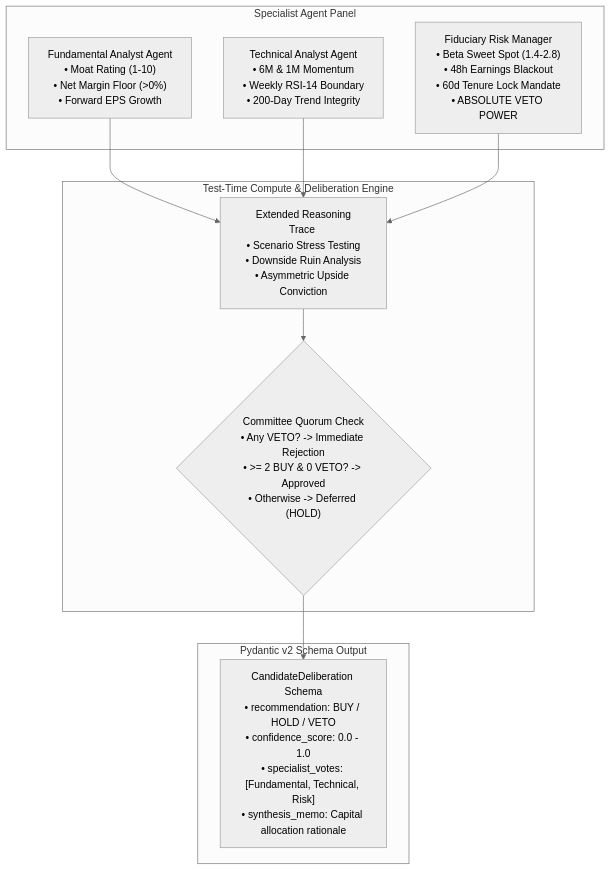
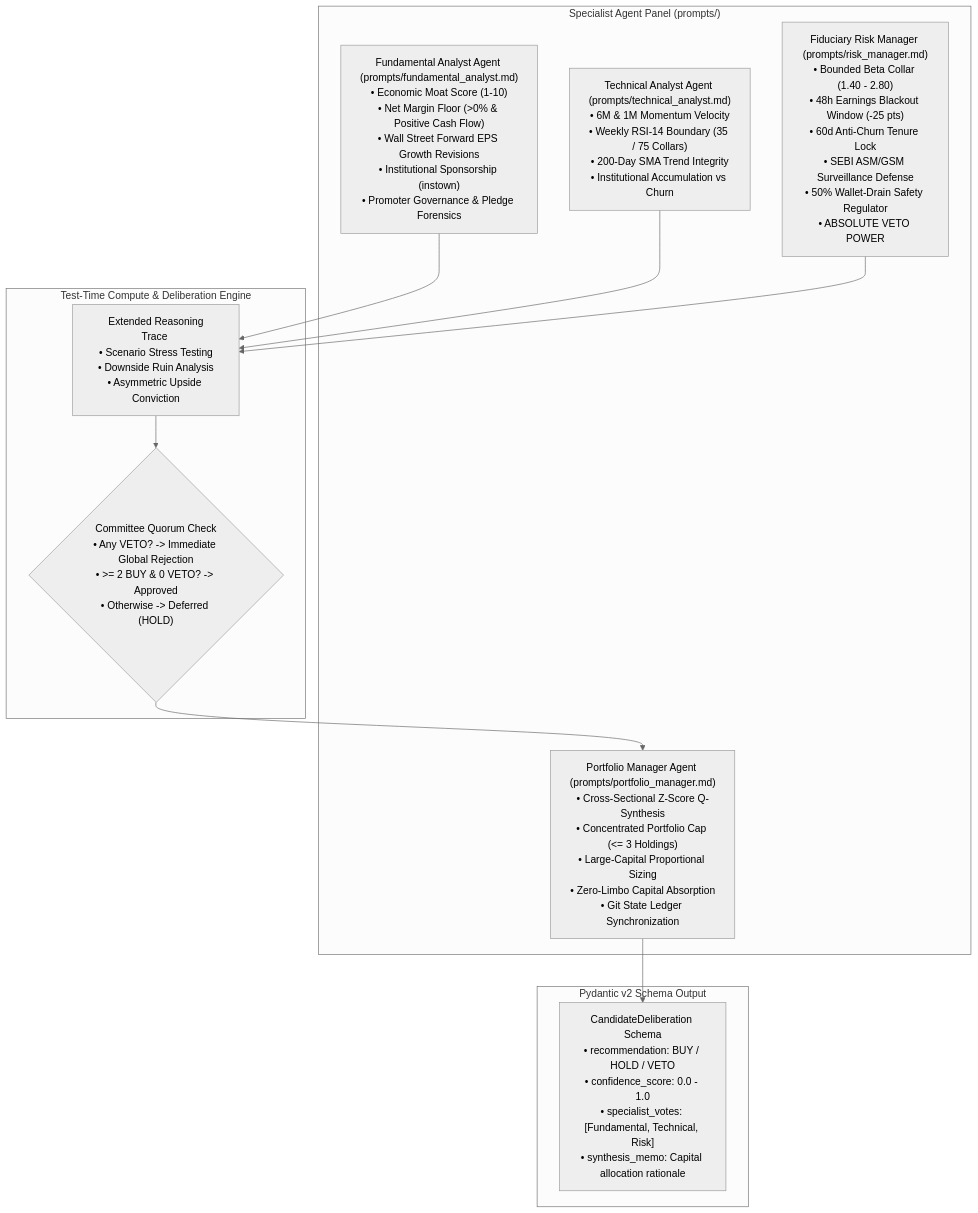
Before and after one commit to kevinhayesanderson/autonomous-trading-agent: the third of 3 diagrams in README.md, drawn with Mermaid (neutral theme). The commit also changed other lines of this file and 5 other files, not shown here.

Commit message:
docs: enrich README and committee prompts with large capital safety and institutional intelligence stack

````diff
--- a/README.md
+++ b/README.md
@@ -144,21 +236,23 @@
 ```mermaid
 flowchart TD
-    subgraph SpecialistLayer["Specialist Agent Panel"]
-        FA["Fundamental Analyst Agent\n• Moat Rating (1-10)\n• Net Margin Floor (>0%)\n• Forward EPS Growth"]
-        TA["Technical Analyst Agent\n• 6M & 1M Momentum\n• Weekly RSI-14 Boundary\n• 200-Day Trend Integrity"]
-        RM["Fiduciary Risk Manager\n• Beta Sweet Spot (1.4-2.8)\n• 48h Earnings Blackout\n• 60d Tenure Lock Mandate\n• ABSOLUTE VETO POWER"]
+    subgraph SpecialistLayer["Specialist Agent Panel (prompts/)"]
+        FA["Fundamental Analyst Agent (prompts/fundamental_analyst.md)\n• Economic Moat Score (1-10)\n• Net Margin Floor (>0% & Positive Cash Flow)\n• Wall Street Forward EPS Growth Revisions\n• Institutional Sponsorship (instown)\n• Promoter Governance & Pledge Forensics"]
+        TA["Technical Analyst Agent (prompts/technical_analyst.md)\n• 6M & 1M Momentum Velocity\n• Weekly RSI-14 Boundary (35 / 75 Collars)\n• 200-Day SMA Trend Integrity\n• Institutional Accumulation vs Churn"]
+        RM["Fiduciary Risk Manager (prompts/risk_manager.md)\n• Bounded Beta Collar (1.40 - 2.80)\n• 48h Earnings Blackout Window (-25 pts)\n• 60d Anti-Churn Tenure Lock\n• SEBI ASM/GSM Surveillance Defense\n• 50% Wallet-Drain Safety Regulator\n• ABSOLUTE VETO POWER"]
+        PM["Portfolio Manager Agent (prompts/portfolio_manager.md)\n• Cross-Sectional Z-Score Q-Synthesis\n• Concentrated Portfolio Cap (<= 3 Holdings)\n• Large-Capital Proportional Sizing\n• Zero-Limbo Capital Absorption\n• Git State Ledger Synchronization"]
     end
 
     subgraph DeliberationLayer["Test-Time Compute & Deliberation Engine"]
         COT["<thinking> Extended Reasoning Trace </thinking>\n• Scenario Stress Testing\n• Downside Ruin Analysis\n• Asymmetric Upside Conviction"]
-        QUORUM{"Committee Quorum Check\n• Any VETO? -> Immediate Rejection\n• >= 2 BUY & 0 VETO? -> Approved\n• Otherwise -> Deferred (HOLD)"}
+        QUORUM{"Committee Quorum Check\n• Any VETO? -> Immediate Global Rejection\n• >= 2 BUY & 0 VETO? -> Approved\n• Otherwise -> Deferred (HOLD)"}
     end
 
     subgraph OutputLayer["Pydantic v2 Schema Output"]
         RES["CandidateDeliberation Schema\n• recommendation: BUY / HOLD / VETO\n• confidence_score: 0.0 - 1.0\n• specialist_votes: [Fundamental, Technical, Risk]\n• synthesis_memo: Capital allocation rationale"]
     end
 
     FA & TA & RM --> COT
     COT --> QUORUM
-    QUORUM --> RES
+    QUORUM --> PM
+    PM --> RES
 ```
````
